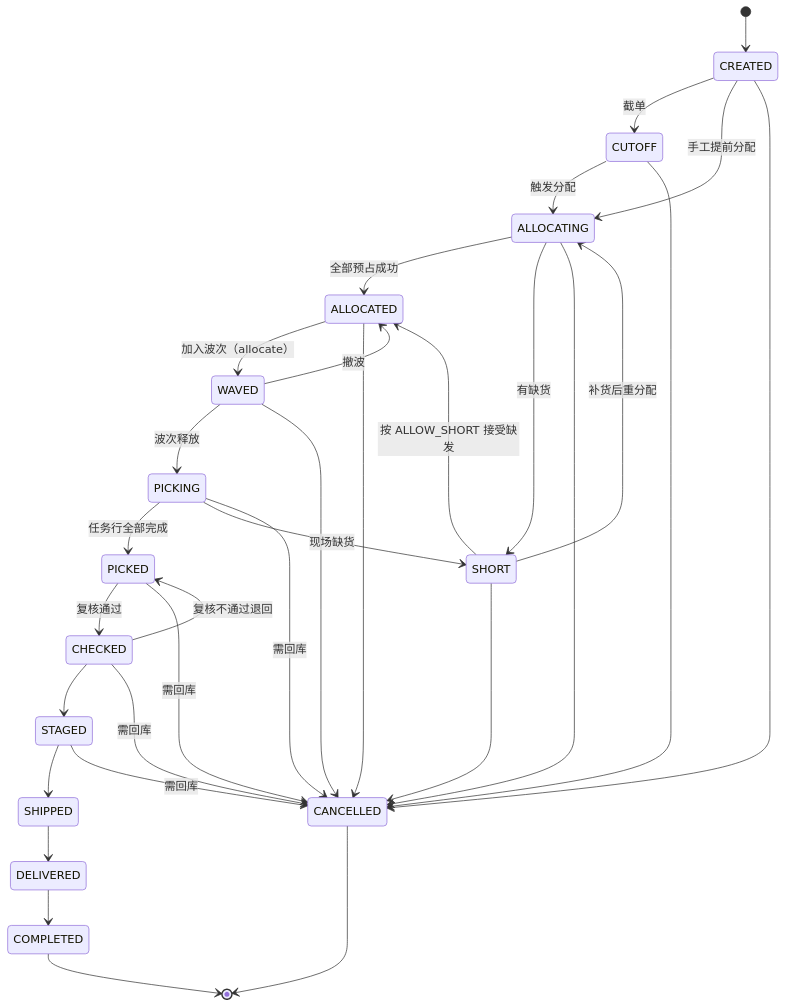
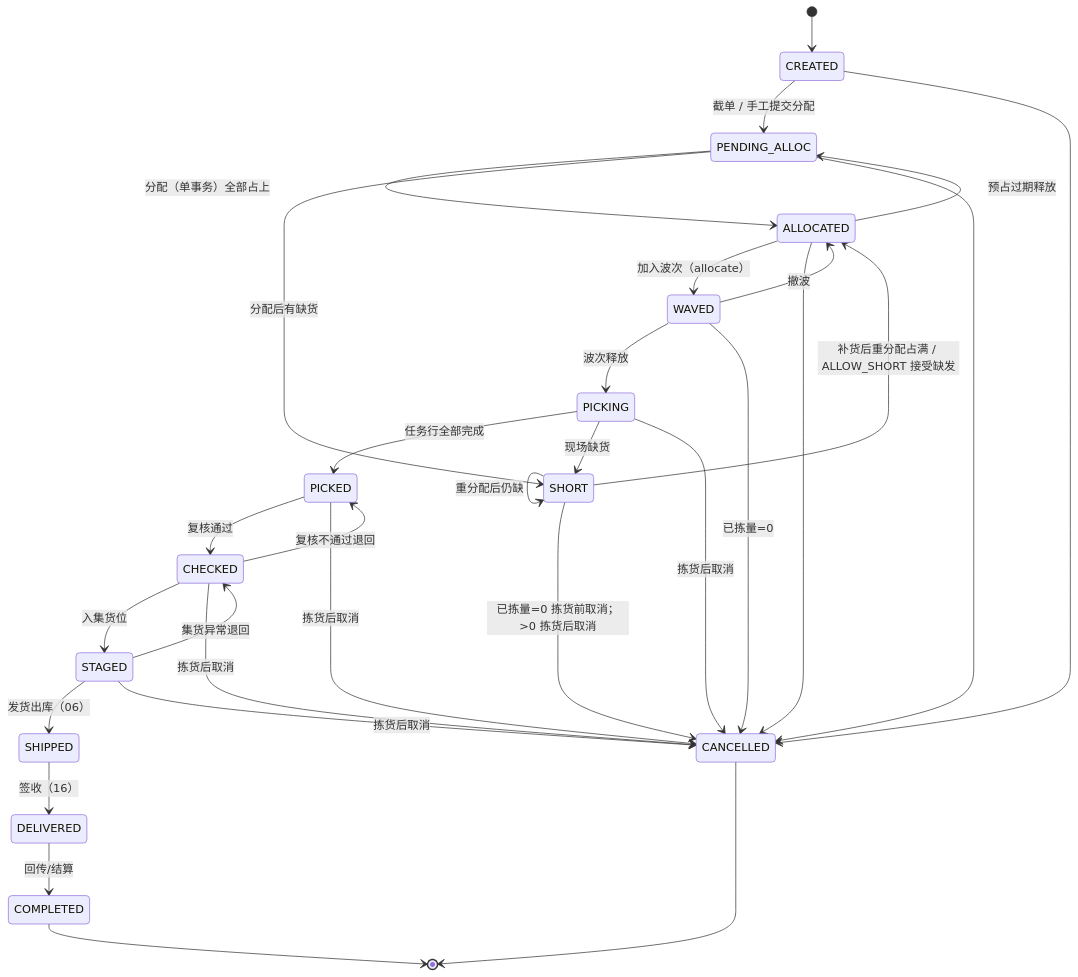
One commit to Akarin7784/fresh-wms changed the first of 4 diagrams in docs/04-出库与分配.md. Above: the diagram before and after it, drawn with Mermaid. The commit also changed other lines of this file and 3 other files, not shown here.

Commit message:
docs(04,00): 按小赵 04 对抗评审修订（B1 alloc_round 占用键、B2 已拣量守卫、B3 引用 02 hold 口径、I1–I8、S1–S5）；00 新增部署形态、POD_OP/POD_CORRECT、4095x 配送号段、第 16 篇；schema 加 ck_obo_status/source_hash/alloc_round，lot 日期改 DATE

````diff
--- a/docs/04-出库与分配.md
+++ b/docs/04-出库与分配.md
@@ -157,34 +171,33 @@
 ```mermaid
 stateDiagram-v2
   [*] --> CREATED
-  CREATED --> CUTOFF: 截单
-  CREATED --> ALLOCATING: 手工提前分配
-  CUTOFF --> ALLOCATING: 触发分配
-  ALLOCATING --> ALLOCATED: 全部预占成功
-  ALLOCATING --> SHORT: 有缺货
-  SHORT --> ALLOCATING: 补货后重分配
-  SHORT --> ALLOCATED: 按 ALLOW_SHORT 接受缺发
+  CREATED --> PENDING_ALLOC: 截单 / 手工提交分配
+  PENDING_ALLOC --> ALLOCATED: 分配（单事务）全部占上
+  PENDING_ALLOC --> SHORT: 分配后有缺货
+  SHORT --> ALLOCATED: 补货后重分配占满 / ALLOW_SHORT 接受缺发
+  SHORT --> SHORT: 重分配后仍缺
+  ALLOCATED --> PENDING_ALLOC: 预占过期释放
   ALLOCATED --> WAVED: 加入波次（allocate）
   WAVED --> ALLOCATED: 撤波
   WAVED --> PICKING: 波次释放
   PICKING --> PICKED: 任务行全部完成
   PICKING --> SHORT: 现场缺货
   PICKED --> CHECKED: 复核通过
   CHECKED --> PICKED: 复核不通过退回
-  CHECKED --> STAGED
-  STAGED --> SHIPPED
-  SHIPPED --> DELIVERED
-  DELIVERED --> COMPLETED
+  CHECKED --> STAGED: 入集货位
+  STAGED --> CHECKED: 集货异常退回
+  STAGED --> SHIPPED: 发货出库（06）
+  SHIPPED --> DELIVERED: 签收（16）
+  DELIVERED --> COMPLETED: 回传/结算
   CREATED --> CANCELLED
-  CUTOFF --> CANCELLED
-  ALLOCATING --> CANCELLED
-  SHORT --> CANCELLED
+  PENDING_ALLOC --> CANCELLED
+  SHORT --> CANCELLED: 已拣量=0 拣货前取消；>0 拣货后取消
   ALLOCATED --> CANCELLED
-  WAVED --> CANCELLED
-  PICKING --> CANCELLED: 需回库
-  PICKED --> CANCELLED: 需回库
-  CHECKED --> CANCELLED: 需回库
-  STAGED --> CANCELLED: 需回库
+  WAVED --> CANCELLED: 已拣量=0
+  PICKING --> CANCELLED: 拣货后取消
+  PICKED --> CANCELLED: 拣货后取消
+  CHECKED --> CANCELLED: 拣货后取消
+  STAGED --> CANCELLED: 拣货后取消
   COMPLETED --> [*]
   CANCELLED --> [*]
 ```
````
